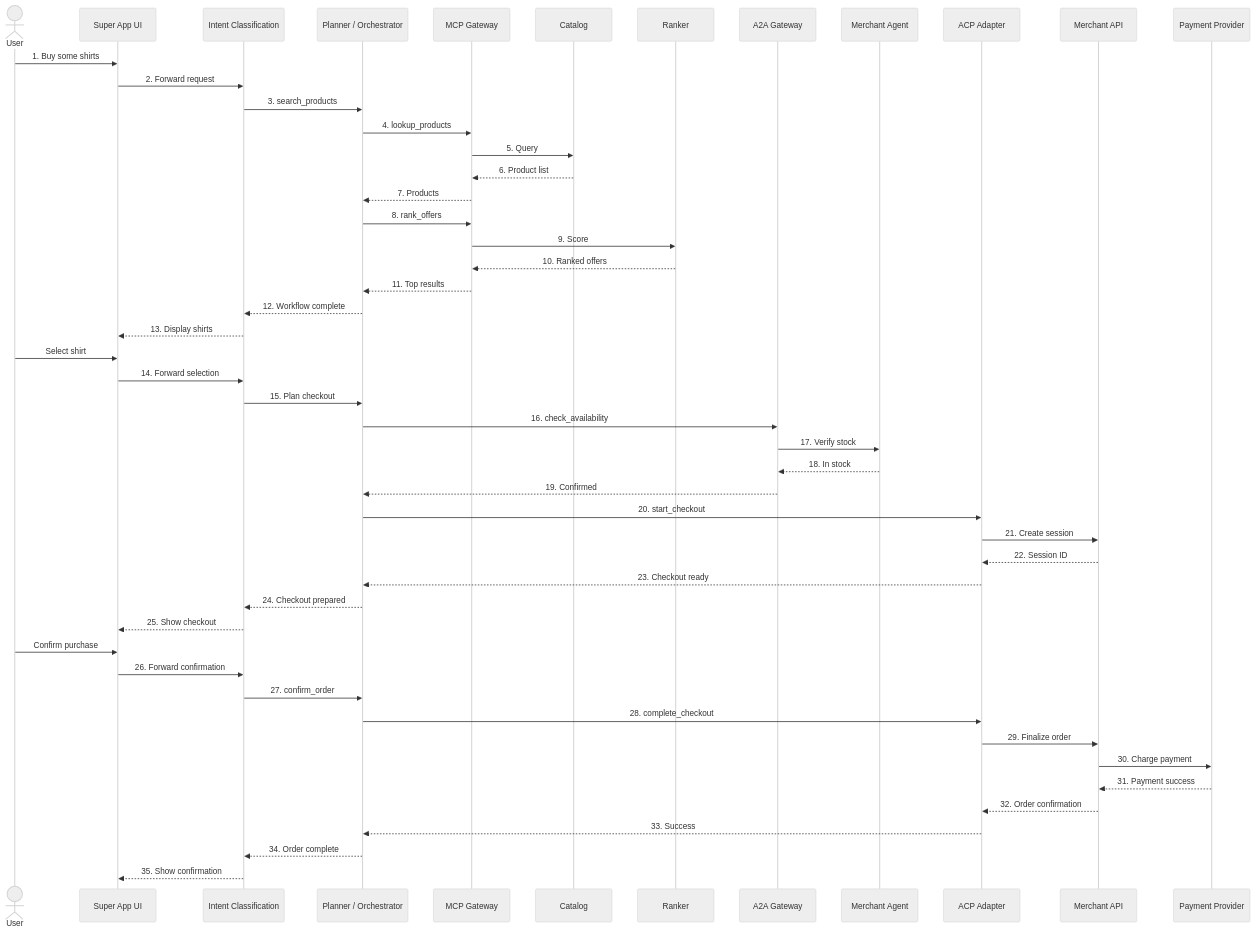
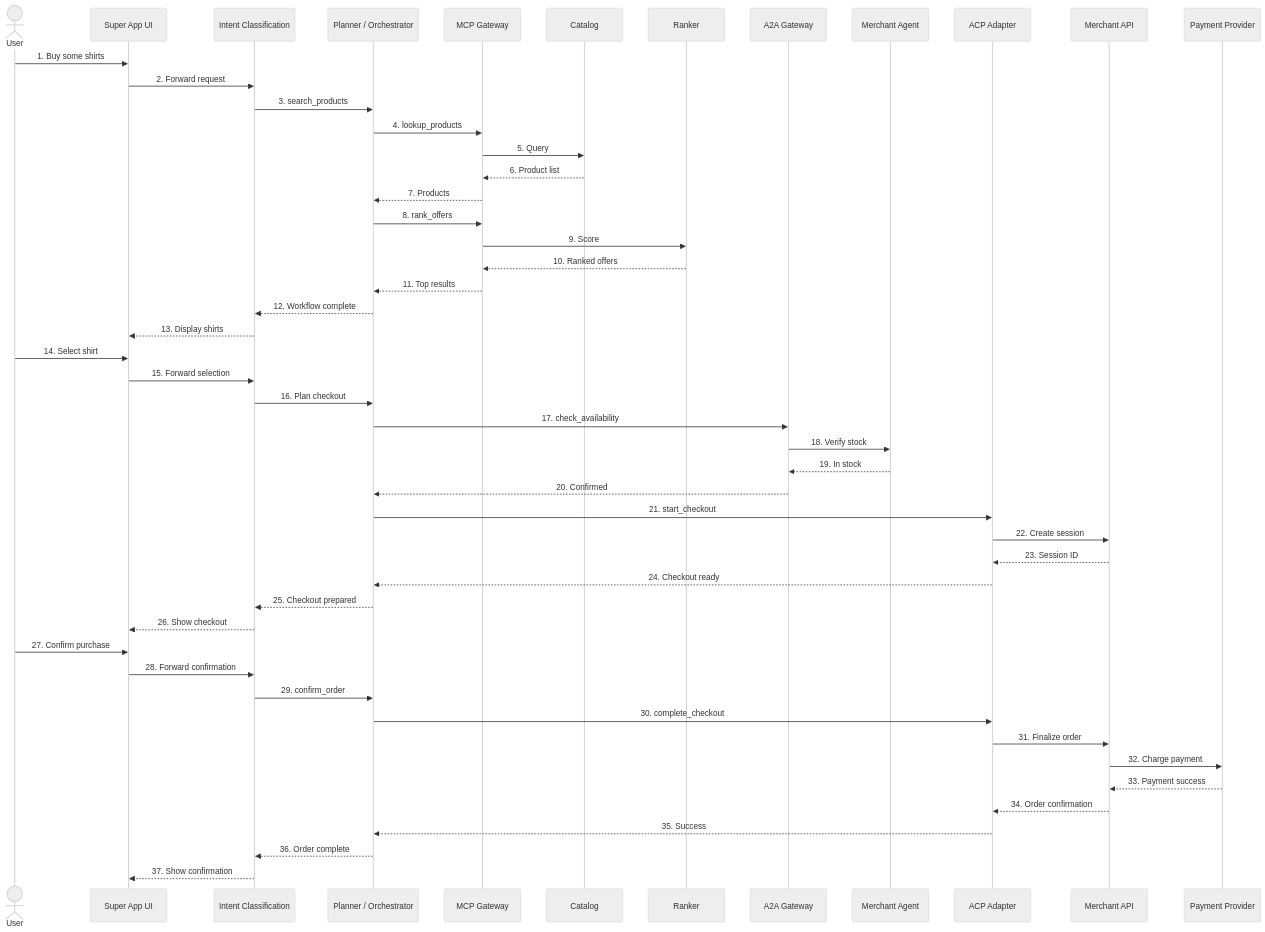
The third of 3 diagrams in understanding/design/layered-architecture-mvp.md (zhuohanl/agentic-commerce-protocol-demo), drawn with Mermaid (neutral theme) before and after one commit. The commit also changed other lines of this file, not shown here.

Commit message:
Updated layered architecture for MVP

````diff
--- a/understanding/design/layered-architecture-mvp.md
+++ b/understanding/design/layered-architecture-mvp.md
@@ -436,65 +438,65 @@
 ```mermaid
 sequenceDiagram
 
 actor User
 participant UI as Super App UI
 participant Intent as Intent Classification
 participant Planner as Planner / Orchestrator
 participant MCP as MCP Gateway
 participant Catalog
 participant Ranker
 participant A2A as A2A Gateway
 participant MerchantAgent as Merchant Agent
 participant ACP as ACP Adapter
 participant MerchantAPI as Merchant API
 participant PSP as Payment Provider
 
 User->>UI: 1. Buy some shirts
 UI->>Intent: 2. Forward request
 Intent->>Planner: 3. search_products
 
 Planner->>MCP: 4. lookup_products
 MCP->>Catalog: 5. Query
 Catalog-->>MCP: 6. Product list
 MCP-->>Planner: 7. Products
 
 Planner->>MCP: 8. rank_offers
 MCP->>Ranker: 9. Score
 Ranker-->>MCP: 10. Ranked offers
 MCP-->>Planner: 11. Top results
 
 Planner-->>Intent: 12. Workflow complete
 Intent-->>UI: 13. Display shirts
 
-User->>UI: Select shirt
-UI->>Intent: 14. Forward selection
-Intent->>Planner: 15. Plan checkout
+User->>UI: 14. Select shirt
+UI->>Intent: 15. Forward selection
+Intent->>Planner: 16. Plan checkout
 
-Planner->>A2A: 16. check_availability
-A2A->>MerchantAgent: 17. Verify stock
-MerchantAgent-->>A2A: 18. In stock
-A2A-->>Planner: 19. Confirmed
+Planner->>A2A: 17. check_availability
+A2A->>MerchantAgent: 18. Verify stock
+MerchantAgent-->>A2A: 19. In stock
+A2A-->>Planner: 20. Confirmed
 
-Planner->>ACP: 20. start_checkout
-ACP->>MerchantAPI: 21. Create session
-MerchantAPI-->>ACP: 22. Session ID
-ACP-->>Planner: 23. Checkout ready
+Planner->>ACP: 21. start_checkout
+ACP->>MerchantAPI: 22. Create session
+MerchantAPI-->>ACP: 23. Session ID
+ACP-->>Planner: 24. Checkout ready
 
-Planner-->>Intent: 24. Checkout prepared
-Intent-->>UI: 25. Show checkout
+Planner-->>Intent: 25. Checkout prepared
+Intent-->>UI: 26. Show checkout
 
-User->>UI: Confirm purchase
-UI->>Intent: 26. Forward confirmation
-Intent->>Planner: 27. confirm_order
+User->>UI: 27. Confirm purchase
+UI->>Intent: 28. Forward confirmation
+Intent->>Planner: 29. confirm_order
 
-Planner->>ACP: 28. complete_checkout
-ACP->>MerchantAPI: 29. Finalize order
-MerchantAPI->>PSP: 30. Charge payment
-PSP-->>MerchantAPI: 31. Payment success
+Planner->>ACP: 30. complete_checkout
+ACP->>MerchantAPI: 31. Finalize order
+MerchantAPI->>PSP: 32. Charge payment
+PSP-->>MerchantAPI: 33. Payment success
 
-MerchantAPI-->>ACP: 32. Order confirmation
-ACP-->>Planner: 33. Success
+MerchantAPI-->>ACP: 34. Order confirmation
+ACP-->>Planner: 35. Success
 
-Planner-->>Intent: 34. Order complete
-Intent-->>UI: 35. Show confirmation
+Planner-->>Intent: 36. Order complete
+Intent-->>UI: 37. Show confirmation
 ```
````
